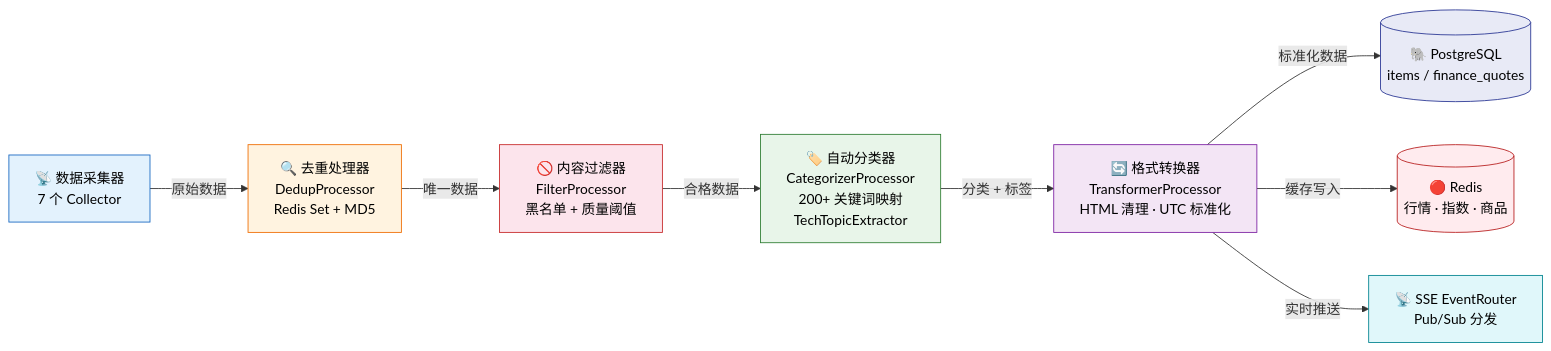
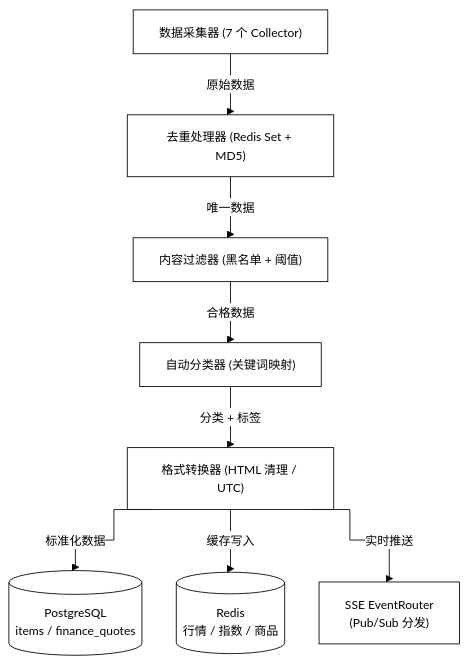
The second of 2 diagrams in README.md (onceme/instantboard), drawn with Mermaid before and after one commit. The commit also changed other lines of this file and 11 other files, not shown here.

Commit message:
docs: unify mermaid diagrams to black-and-white orthogonal style

````diff
--- a/README.md
+++ b/README.md
@@ -860,19 +849,11 @@
 ```mermaid
-graph LR
-    A["📡 数据采集器<br/>7 个 Collector"] -->|"原始数据"| B["🔍 去重处理器<br/>DedupProcessor<br/>Redis Set + MD5"]
-    B -->|"唯一数据"| C["🚫 内容过滤器<br/>FilterProcessor<br/>黑名单 + 质量阈值"]
-    C -->|"合格数据"| D["🏷️ 自动分类器<br/>CategorizerProcessor<br/>200+ 关键词映射<br/>TechTopicExtractor"]
-    D -->|"分类 + 标签"| E["🔄 格式转换器<br/>TransformerProcessor<br/>HTML 清理 · UTC 标准化"]
-    E -->|"标准化数据"| F[("🐘 PostgreSQL<br/>items / finance_quotes")]
-    E -->|"缓存写入"| G[("🔴 Redis<br/>行情 · 指数 · 商品")]
-    E -->|"实时推送"| H["📡 SSE EventRouter<br/>Pub/Sub 分发"]
-
-    style A fill:#e3f2fd,stroke:#1565c0,color:#000
-    style B fill:#fff3e0,stroke:#ef6c00,color:#000
-    style C fill:#fce4ec,stroke:#c62828,color:#000
-    style D fill:#e8f5e9,stroke:#2e7d32,color:#000
-    style E fill:#f3e5f5,stroke:#7b1fa2,color:#000
-    style F fill:#e8eaf6,stroke:#283593,color:#000
-    style G fill:#ffebee,stroke:#b71c1c,color:#000
-    style H fill:#e0f7fa,stroke:#00838f,color:#000
+%%{init: {"theme": "base", "themeVariables": {"background": "#ffffff", "primaryColor": "#ffffff", "primaryTextColor": "#000000", "primaryBorderColor": "#000000", "lineColor": "#000000", "secondaryColor": "#ffffff", "secondaryTextColor": "#000000", "secondaryBorderColor": "#000000", "tertiaryColor": "#ffffff", "tertiaryTextColor": "#000000", "tertiaryBorderColor": "#000000", "edgeLabelBackground": "#ffffff", "textColor": "#000000", "nodeTextColor": "#000000", "mainBkg": "#ffffff", "nodeBorder": "#000000", "clusterBkg": "#ffffff", "clusterBdr": "#000000", "clusterTextColor": "#000000", "titleColor": "#000000", "fontSize": "14px"}, "flowchart": {"curve": "step", "nodeSpacing": 40, "rankSpacing": 50, "wrappingWidth": 180, "useMaxWidth": true}}}%%
+graph TD
+    A["数据采集器 (7 个 Collector)"] -->|"原始数据"| B["去重处理器 (Redis Set + MD5)"]
+    B -->|"唯一数据"| C["内容过滤器 (黑名单 + 阈值)"]
+    C -->|"合格数据"| D["自动分类器 (关键词映射)"]
+    D -->|"分类 + 标签"| E["格式转换器 (HTML 清理 / UTC)"]
+    E -->|"标准化数据"| F[("PostgreSQL<br/>items / finance_quotes")]
+    E -->|"缓存写入"| G[("Redis<br/>行情 / 指数 / 商品")]
+    E -->|"实时推送"| H["SSE EventRouter<br/>(Pub/Sub 分发)"]
 ```
````
